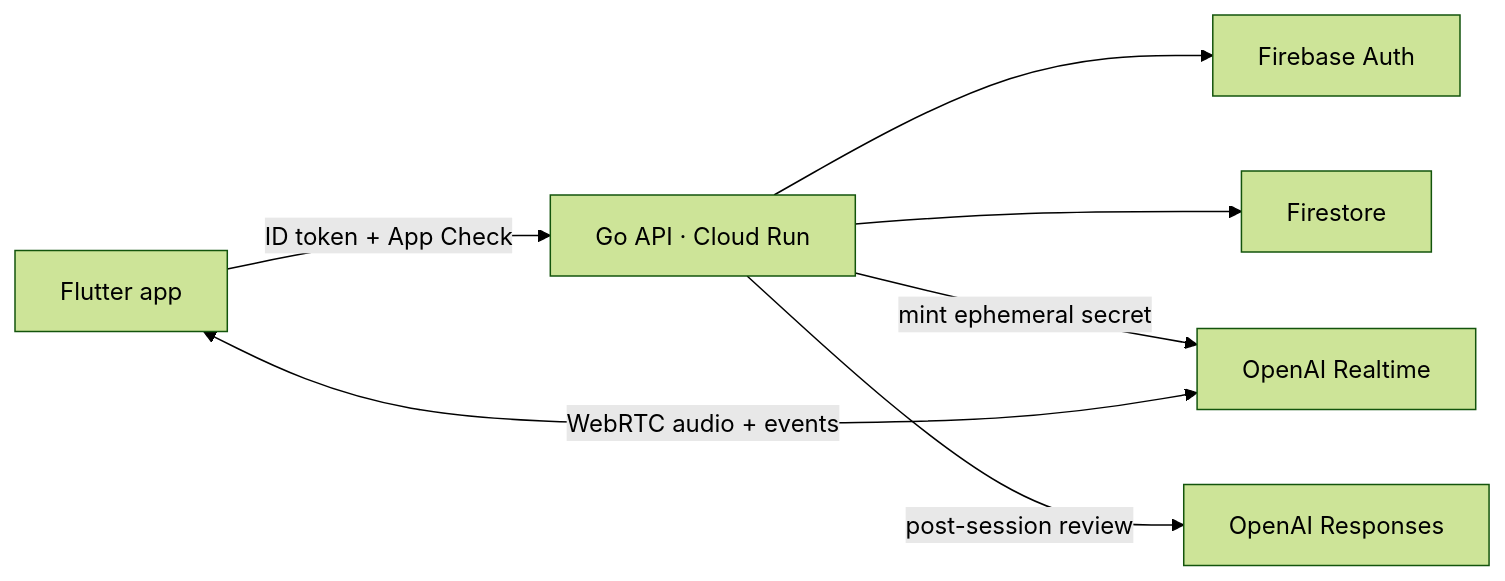
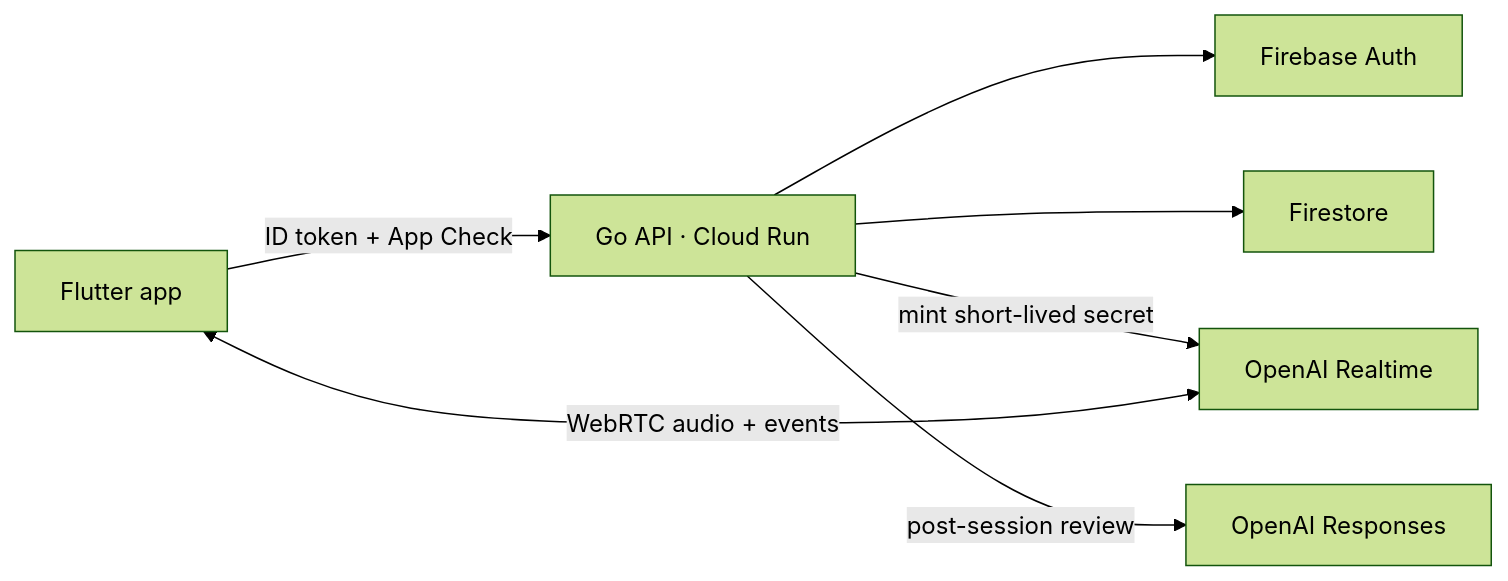
One commit to bielcarpi/nia changed the diagram in README.md. Above: the diagram before and after it, drawn with Mermaid (forest theme). The commit also changed other lines of this file and 23 other files, not shown here.

````diff
--- a/README.md
+++ b/README.md
@@ -56,9 +61,9 @@
 ```mermaid
 flowchart LR
     App["Flutter app"] -->|"ID token + App Check"| API["Go API · Cloud Run"]
     API --> Auth["Firebase Auth"]
     API --> DB["Firestore"]
-    API -->|"mint ephemeral secret"| RT["OpenAI Realtime"]
+    API -->|"mint short-lived secret"| RT["OpenAI Realtime"]
     App <-->|"WebRTC audio + events"| RT
     API -->|"post-session review"| Responses["OpenAI Responses"]
 ```
````
